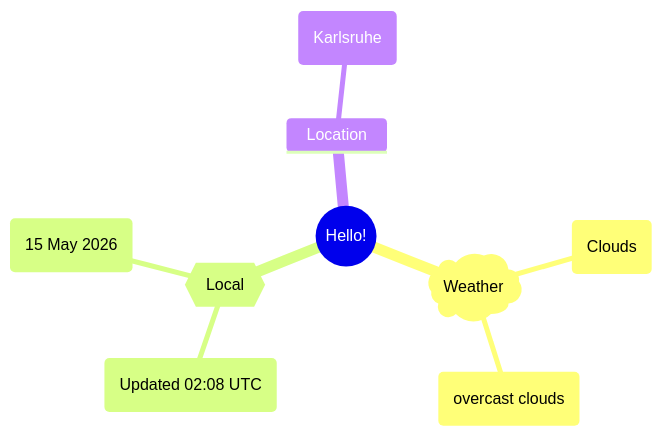
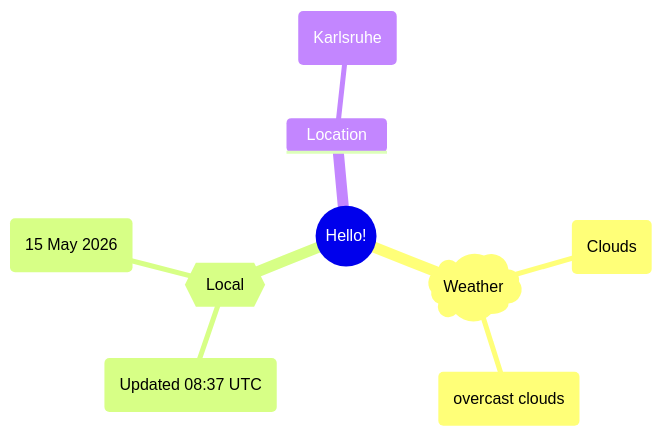
Before and after one commit to Xosrov/Xosrov: the first of 2 diagrams in README.md, drawn with Mermaid.

Commit message:
[bot] updated images

````diff
--- a/README.md
+++ b/README.md
@@ -3,12 +3,12 @@
 ```mermaid
 mindmap
   root((Hello!))
     )Weather(
         (Clouds)
         (overcast clouds)
     {{Local}}
-        (Updated 02:08 UTC)
+        (Updated 08:37 UTC)
         (15 May 2026)
     Location
         (Karlsruhe)
 ```
````
